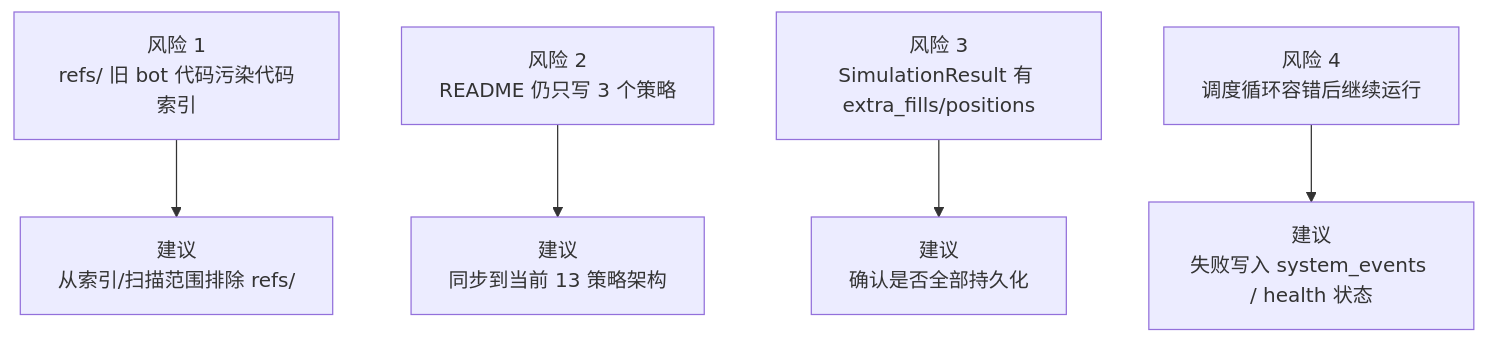
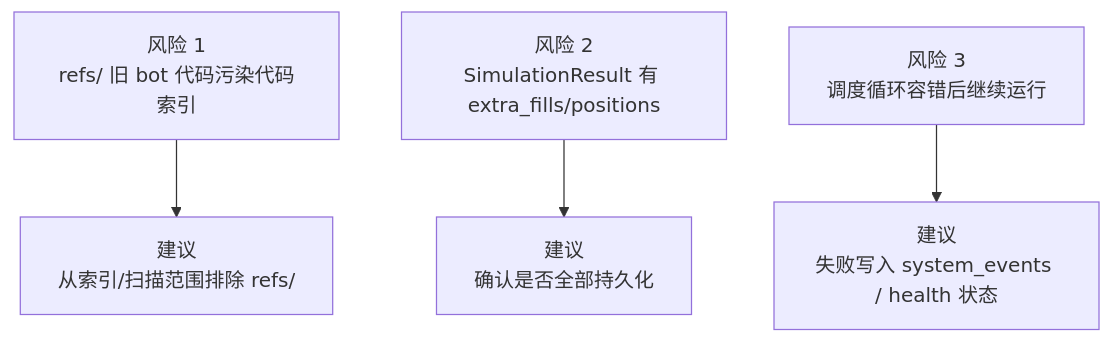
One commit to 6Kmfi6HP/polysignal-lab changed the seventh of 7 diagrams in docs/PROJECT_ARCHITECTURE_VISUAL.md. Above: the diagram before and after it, drawn with Mermaid. The commit also changed other lines of this file and 5 other files, not shown here.

````diff
--- a/docs/PROJECT_ARCHITECTURE_VISUAL.md
+++ b/docs/PROJECT_ARCHITECTURE_VISUAL.md
@@ -199,7 +199,6 @@
 ```mermaid
 flowchart TD
   R1["风险 1<br/>refs/ 旧 bot 代码污染代码索引"] --> Fix1["建议<br/>从索引/扫描范围排除 refs/"]
-  R2["风险 2<br/>README 仍只写 3 个策略"] --> Fix2["建议<br/>同步到当前 13 策略架构"]
-  R3["风险 3<br/>SimulationResult 有 extra_fills/positions"] --> Fix3["建议<br/>确认是否全部持久化"]
-  R4["风险 4<br/>调度循环容错后继续运行"] --> Fix4["建议<br/>失败写入 system_events / health 状态"]
+  R2["风险 2<br/>SimulationResult 有 extra_fills/positions"] --> Fix2["建议<br/>确认是否全部持久化"]
+  R3["风险 3<br/>调度循环容错后继续运行"] --> Fix3["建议<br/>失败写入 system_events / health 状态"]
 ```
````
